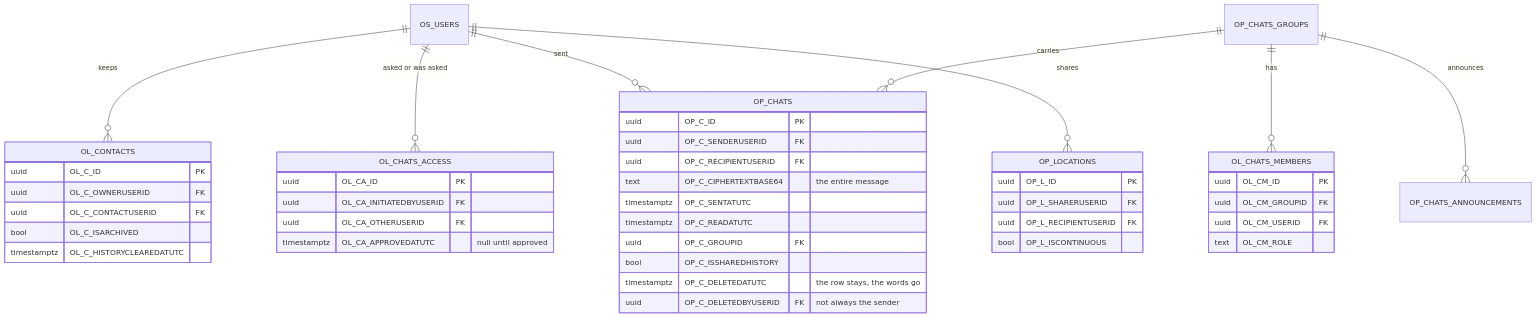
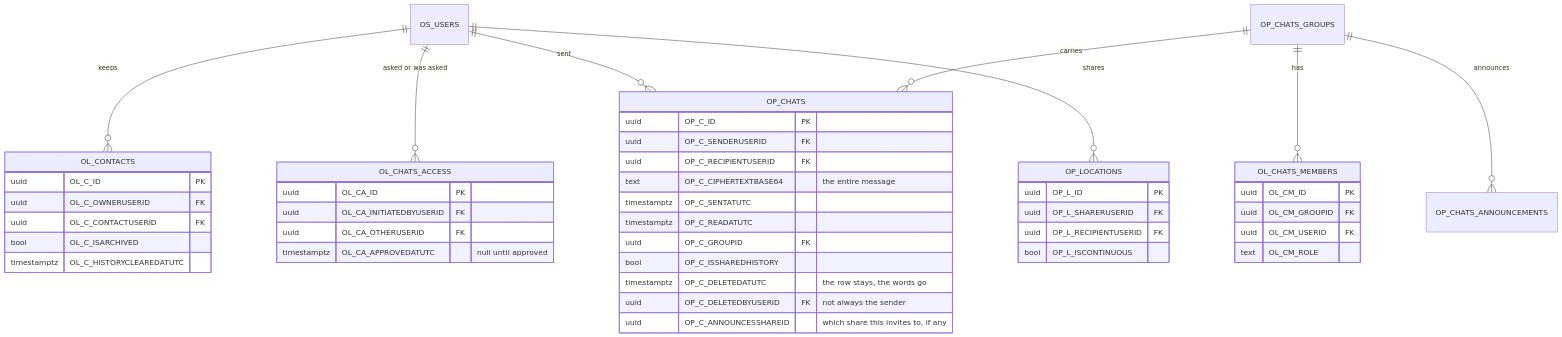
One commit to NorArax-NeflinOwl/orbit changed the fourth of 5 diagrams in info/uml/database.md. Above: the diagram before and after it, drawn with Mermaid. The commit also changed other lines of this file and 21 other files, not shown here.

````diff
--- a/info/uml/database.md
+++ b/info/uml/database.md
@@ -232,48 +232,49 @@
 ```mermaid
 erDiagram
     OS_USERS ||--o{ OL_CONTACTS : keeps
     OS_USERS ||--o{ OL_CHATS_ACCESS : "asked or was asked"
     OS_USERS ||--o{ OP_CHATS : sent
     OP_CHATS_GROUPS ||--o{ OL_CHATS_MEMBERS : has
     OP_CHATS_GROUPS ||--o{ OP_CHATS : carries
     OP_CHATS_GROUPS ||--o{ OP_CHATS_ANNOUNCEMENTS : announces
     OS_USERS ||--o{ OP_LOCATIONS : shares
 
     OP_CHATS {
         uuid OP_C_ID PK
         uuid OP_C_SENDERUSERID FK
         uuid OP_C_RECIPIENTUSERID FK
         text OP_C_CIPHERTEXTBASE64 "the entire message"
         timestamptz OP_C_SENTATUTC
         timestamptz OP_C_READATUTC
         uuid OP_C_GROUPID FK
         bool OP_C_ISSHAREDHISTORY
         timestamptz OP_C_DELETEDATUTC "the row stays, the words go"
         uuid OP_C_DELETEDBYUSERID FK "not always the sender"
+        uuid OP_C_ANNOUNCESSHAREID "which share this invites to, if any"
     }
     OL_CHATS_ACCESS {
         uuid OL_CA_ID PK
         uuid OL_CA_INITIATEDBYUSERID FK
         uuid OL_CA_OTHERUSERID FK
         timestamptz OL_CA_APPROVEDATUTC "null until approved"
     }
     OL_CONTACTS {
         uuid OL_C_ID PK
         uuid OL_C_OWNERUSERID FK
         uuid OL_C_CONTACTUSERID FK
         bool OL_C_ISARCHIVED
         timestamptz OL_C_HISTORYCLEAREDATUTC
     }
     OL_CHATS_MEMBERS {
         uuid OL_CM_ID PK
         uuid OL_CM_GROUPID FK
         uuid OL_CM_USERID FK
         text OL_CM_ROLE
     }
     OP_LOCATIONS {
         uuid OP_L_ID PK
         uuid OP_L_SHARERUSERID FK
         uuid OP_L_RECIPIENTUSERID FK
         bool OP_L_ISCONTINUOUS
     }
 ```
````
